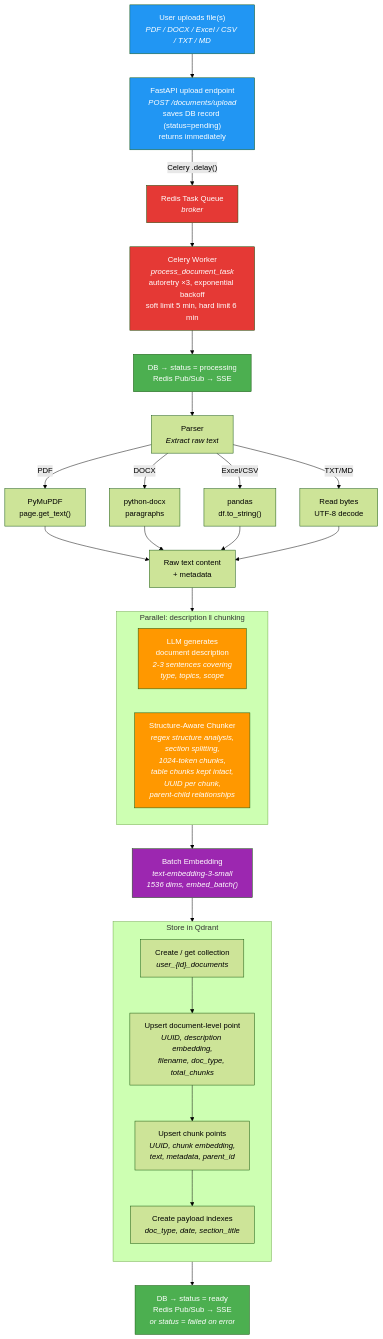
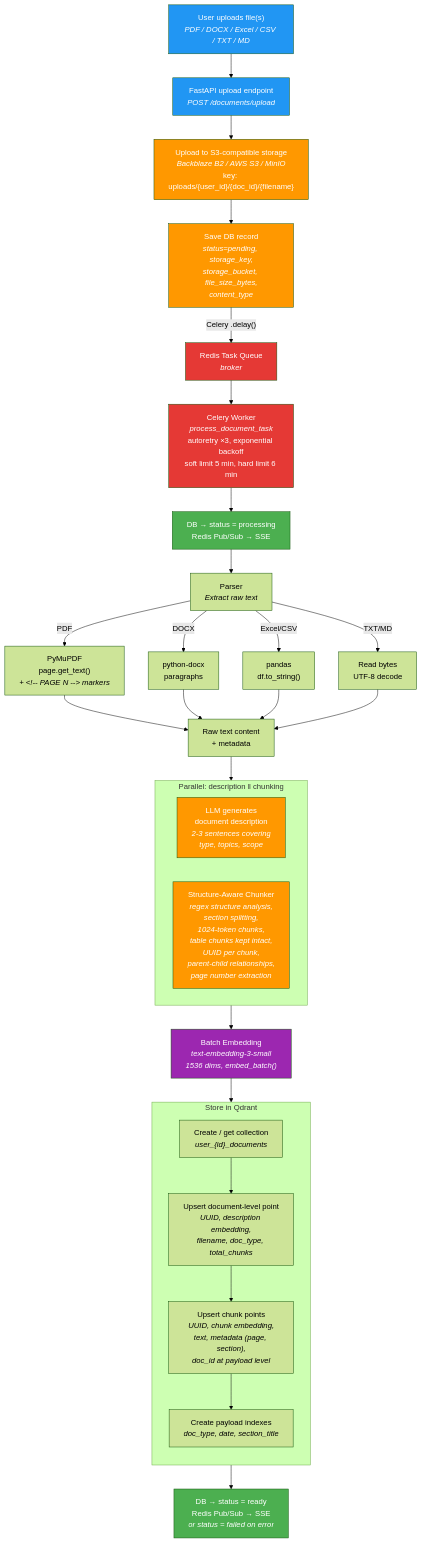
The seventh of 18 diagrams in README.md (vinu0404/TopoSort-RAG), drawn with Mermaid (forest theme) before and after one commit. The commit also changed other lines of this file and 18 other files, not shown here.

````diff
--- a/README.md
+++ b/README.md
@@ -426,55 +428,61 @@
 ```mermaid
 flowchart TD
     Upload["User uploads file(s)<br/><i>PDF / DOCX / Excel / CSV / TXT / MD</i>"]
 
-    Upload --> API["FastAPI upload endpoint<br/><i>POST /documents/upload</i><br/>saves DB record (status=pending)<br/>returns immediately"]
+    Upload --> API["FastAPI upload endpoint<br/><i>POST /documents/upload</i>"]
 
-    API -->|"Celery .delay()"| Queue["Redis Task Queue<br/><i>broker</i>"]
+    API --> S3["Upload to S3-compatible storage<br/><i>Backblaze B2 / AWS S3 / MinIO</i><br/>key: uploads/{user_id}/{doc_id}/{filename}"]
+
+    S3 --> DB["Save DB record<br/><i>status=pending, storage_key,<br/>storage_bucket, file_size_bytes,<br/>content_type</i>"]
+
+    DB -->|"Celery .delay()"| Queue["Redis Task Queue<br/><i>broker</i>"]
 
     Queue --> Worker["Celery Worker<br/><i>process_document_task</i><br/>autoretry ×3, exponential backoff<br/>soft limit 5 min, hard limit 6 min"]
 
     Worker --> Status1["DB → status = processing<br/>Redis Pub/Sub → SSE"]
     Status1 --> Parser["Parser<br/><i>Extract raw text</i>"]
 
-    Parser -->|"PDF"| PyMuPDF["PyMuPDF<br/>page.get_text()"]
+    Parser -->|"PDF"| PyMuPDF["PyMuPDF<br/>page.get_text()<br/><i>+ &lt;!-- PAGE N --&gt; markers</i>"]
     Parser -->|"DOCX"| PythonDocx["python-docx<br/>paragraphs"]
     Parser -->|"Excel/CSV"| Pandas["pandas<br/>df.to_string()"]
     Parser -->|"TXT/MD"| RawText["Read bytes<br/>UTF-8 decode"]
 
     PyMuPDF --> RawContent["Raw text content<br/>+ metadata"]
     PythonDocx --> RawContent
     Pandas --> RawContent
     RawText --> RawContent
 
     RawContent --> Parallel
 
     subgraph Parallel["Parallel: description ‖ chunking"]
         direction LR
         Describe["LLM generates<br/>document description<br/><i>2-3 sentences covering<br/>type, topics, scope</i>"]
-        Chunker["Structure-Aware Chunker<br/><i>regex structure analysis,<br/>section splitting,<br/>1024-token chunks,<br/>table chunks kept intact,<br/>UUID per chunk,<br/>parent-child relationships</i>"]
+        Chunker["Structure-Aware Chunker<br/><i>regex structure analysis,<br/>section splitting,<br/>1024-token chunks,<br/>table chunks kept intact,<br/>UUID per chunk,<br/>parent-child relationships,<br/>page number extraction</i>"]
     end
 
     Parallel --> BatchEmbed["Batch Embedding<br/><i>text-embedding-3-small<br/>1536 dims, embed_batch()</i>"]
 
     BatchEmbed --> Store
 
     subgraph Store["Store in Qdrant"]
         direction TB
         Collection["Create / get collection<br/><i>user_{id}_documents</i>"]
         Collection --> DocPoint["Upsert document-level point<br/><i>UUID, description embedding,<br/>filename, doc_type, total_chunks</i>"]
-        DocPoint --> ChunkPoints["Upsert chunk points<br/><i>UUID, chunk embedding,<br/>text, metadata, parent_id</i>"]
+        DocPoint --> ChunkPoints["Upsert chunk points<br/><i>UUID, chunk embedding,<br/>text, metadata (page, section),<br/>doc_id at payload level</i>"]
         ChunkPoints --> PayloadIdx["Create payload indexes<br/><i>doc_type, date, section_title</i>"]
     end
 
     Store --> Status2["DB → status = ready<br/>Redis Pub/Sub → SSE<br/><i>or status = failed on error</i>"]
 
     style Upload fill:#2196F3,color:#fff
     style API fill:#2196F3,color:#fff
+    style S3 fill:#FF9800,color:#fff
+    style DB fill:#FF9800,color:#fff
     style Queue fill:#e53935,color:#fff
     style Worker fill:#e53935,color:#fff
     style Describe fill:#FF9800,color:#fff
     style Chunker fill:#FF9800,color:#fff
     style BatchEmbed fill:#9C27B0,color:#fff
     style Status1 fill:#4CAF50,color:#fff
     style Status2 fill:#4CAF50,color:#fff
 ```
````
